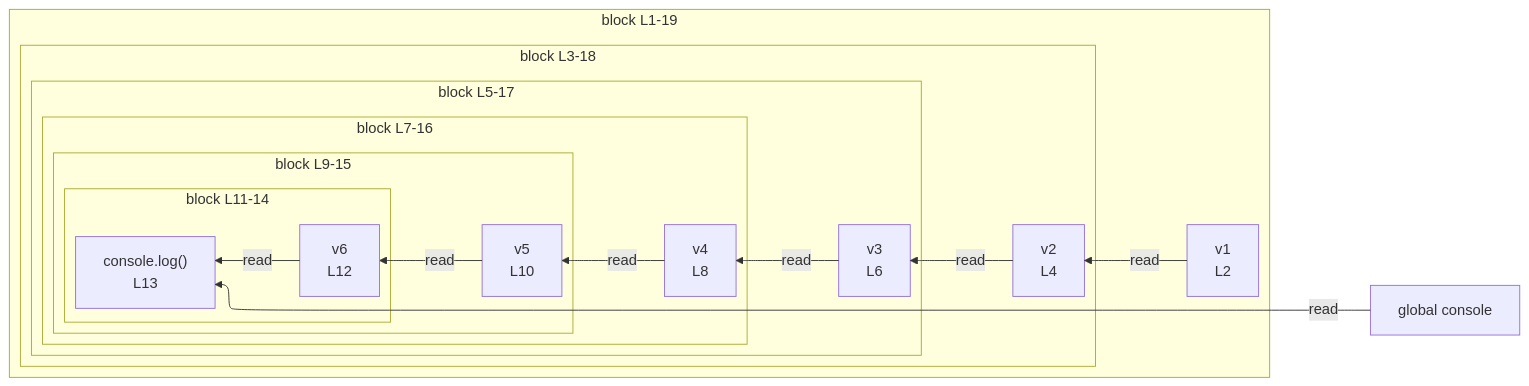
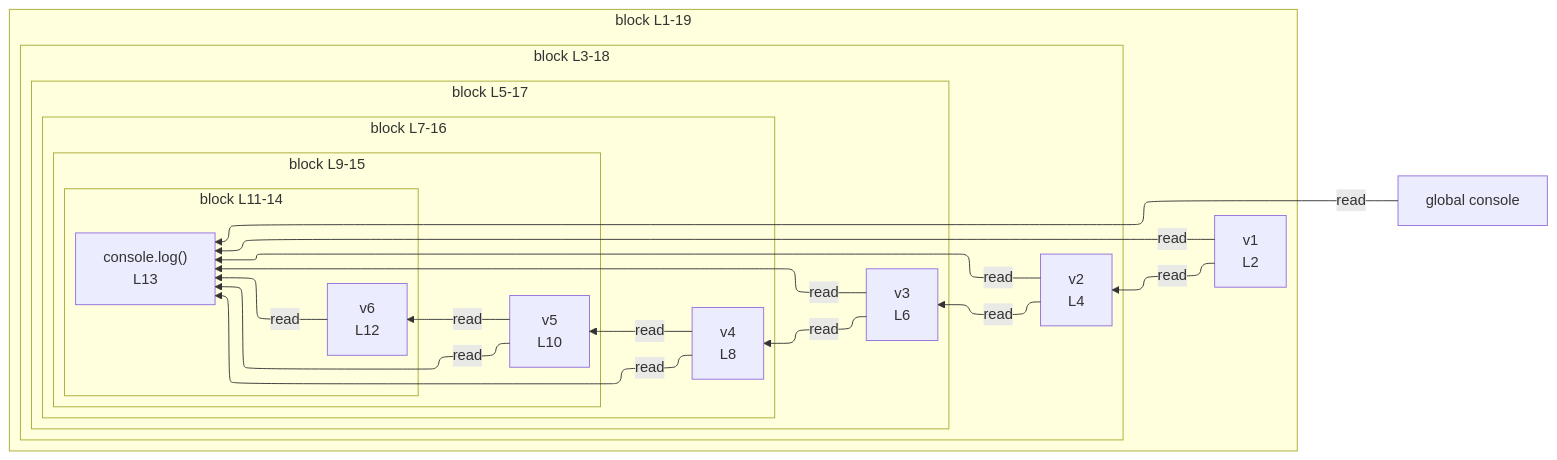
Before and after one commit to crescware/unsnarl: the diagram in integration/fixtures/app-behavior/depth/block/depth-10/preview.md, drawn with Mermaid. The commit also changed other lines of this file and 22 other files, not shown here.

````diff
--- a/integration/fixtures/app-behavior/depth/block/depth-10/preview.md
+++ b/integration/fixtures/app-behavior/depth/block/depth-10/preview.md
@@ -29,37 +29,42 @@
 ```mermaid
 %%{init: {"flowchart": {"defaultRenderer": "elk"}}}%%
 flowchart RL
   n_scope_0_console_185["global console"]
   subgraph s_scope_1["block L1-19"]
     direction RL
     n_scope_1_v1_10["v1<br/>L2"]
     subgraph s_scope_2["block L3-18"]
       direction RL
       n_scope_2_v2_32["v2<br/>L4"]
       subgraph s_scope_3["block L5-17"]
         direction RL
         n_scope_3_v3_59["v3<br/>L6"]
         subgraph s_scope_4["block L7-16"]
           direction RL
           n_scope_4_v4_90["v4<br/>L8"]
           subgraph s_scope_5["block L9-15"]
             direction RL
             n_scope_5_v5_125["v5<br/>L10"]
             subgraph s_scope_6["block L11-14"]
               direction RL
               n_scope_6_v6_164["v6<br/>L12"]
               expr_stmt_185["console.log()<br/>L13"]
             end
           end
         end
       end
     end
   end
   n_scope_1_v1_10 -->|read| n_scope_2_v2_32
   n_scope_2_v2_32 -->|read| n_scope_3_v3_59
   n_scope_3_v3_59 -->|read| n_scope_4_v4_90
   n_scope_4_v4_90 -->|read| n_scope_5_v5_125
   n_scope_5_v5_125 -->|read| n_scope_6_v6_164
   n_scope_0_console_185 -->|read| expr_stmt_185
+  n_scope_1_v1_10 -->|read| expr_stmt_185
+  n_scope_2_v2_32 -->|read| expr_stmt_185
+  n_scope_3_v3_59 -->|read| expr_stmt_185
+  n_scope_4_v4_90 -->|read| expr_stmt_185
+  n_scope_5_v5_125 -->|read| expr_stmt_185
   n_scope_6_v6_164 -->|read| expr_stmt_185
 ```
````
